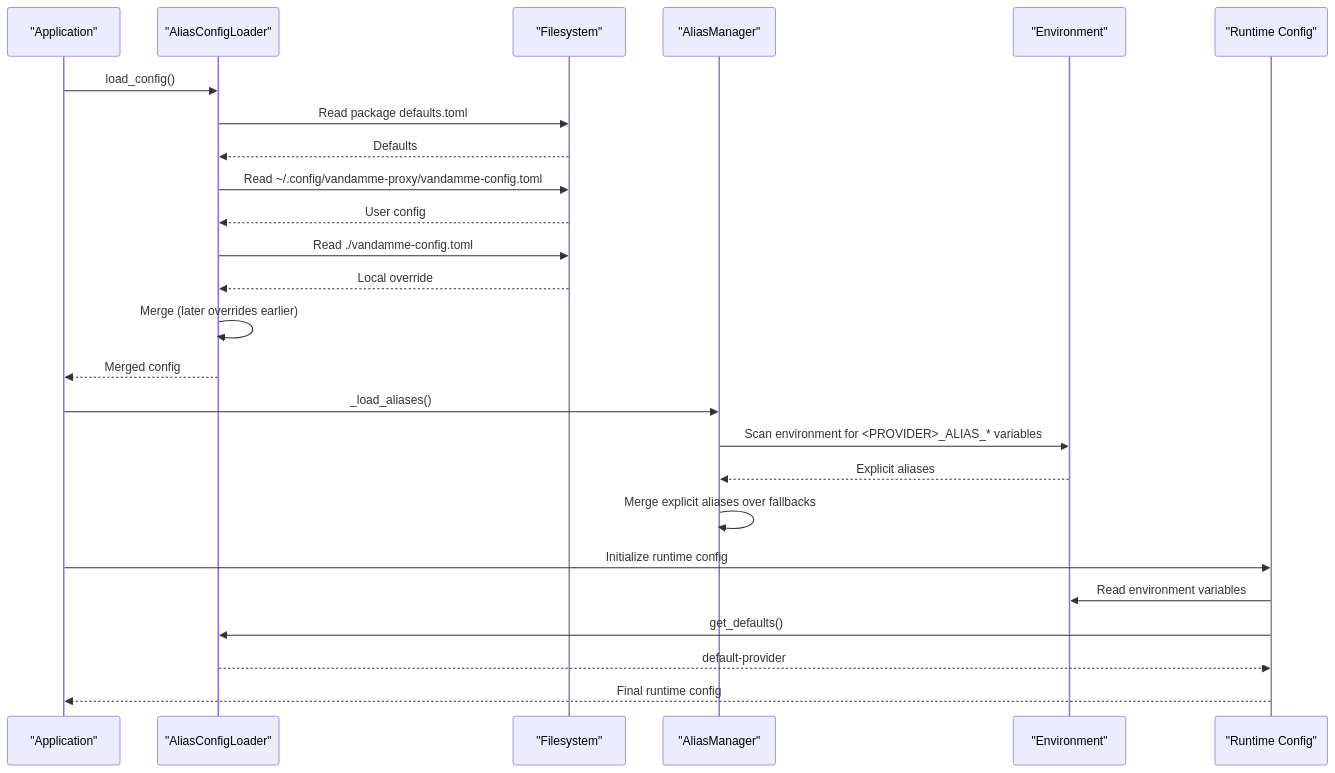
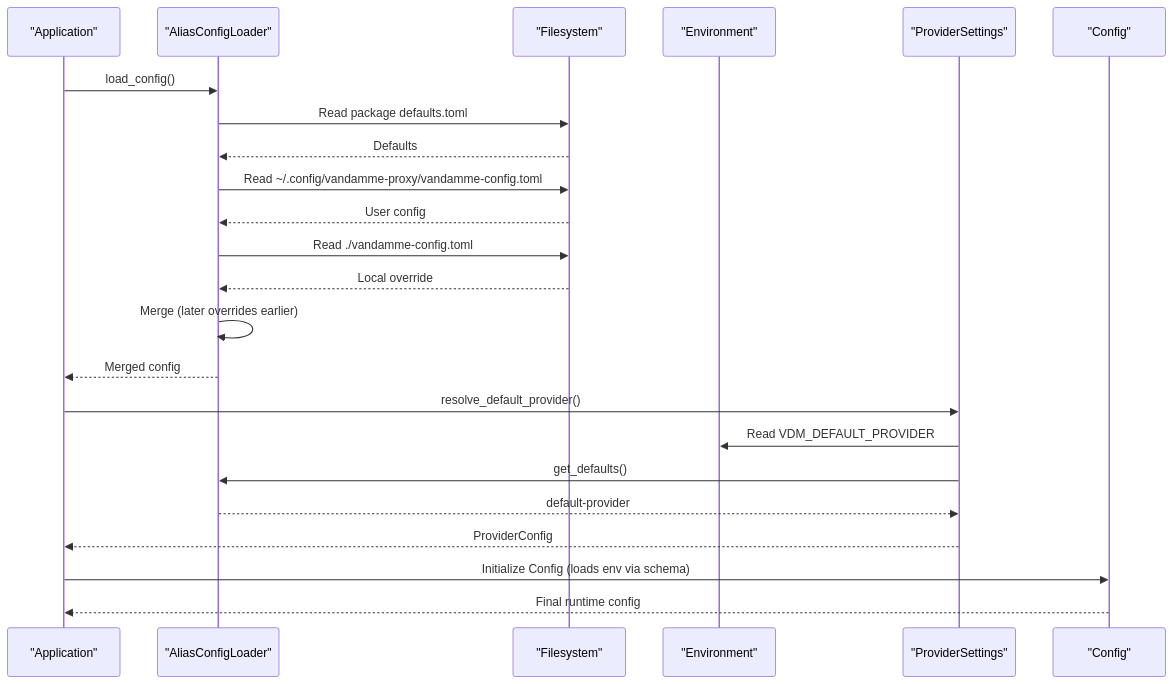
The second of 5 diagrams in .qoder/repowiki/en/content/Configuration/Configuration Hierarchy.md (CedarVerse/vandamme-proxy), drawn with Mermaid before and after one commit. The commit also changed other lines of this file and 9 other files, not shown here.

````diff
--- a/.qoder/repowiki/en/content/Configuration/Configuration Hierarchy.md
+++ b/.qoder/repowiki/en/content/Configuration/Configuration Hierarchy.md
@@ -88,27 +101,25 @@
 ```mermaid
 sequenceDiagram
 participant App as "Application"
 participant Loader as "AliasConfigLoader"
 participant FS as "Filesystem"
-participant AM as "AliasManager"
 participant Env as "Environment"
-participant Runtime as "Runtime Config"
+participant Providers as "ProviderSettings"
+participant Runtime as "Config"
 App->>Loader : load_config()
 Loader->>FS : Read package defaults.toml
 FS-->>Loader : Defaults
 Loader->>FS : Read ~/.config/vandamme-proxy/vandamme-config.toml
 FS-->>Loader : User config
 Loader->>FS : Read ./vandamme-config.toml
 FS-->>Loader : Local override
 Loader->>Loader : Merge (later overrides earlier)
 Loader-->>App : Merged config
-App->>AM : _load_aliases()
-AM->>Env : Scan environment for <PROVIDER>_ALIAS_* variables
-Env-->>AM : Explicit aliases
-AM->>AM : Merge explicit aliases over fallbacks
-App->>Runtime : Initialize runtime config
-Runtime->>Env : Read environment variables
-Runtime->>Loader : get_defaults()
-Loader-->>Runtime : default-provider
+App->>Providers : resolve_default_provider()
+Providers->>Env : Read VDM_DEFAULT_PROVIDER
+Providers->>Loader : get_defaults()
+Loader-->>Providers : default-provider
+Providers-->>App : ProviderConfig
+App->>Runtime : Initialize Config (loads env via schema)
 Runtime-->>App : Final runtime config
 ```
````
